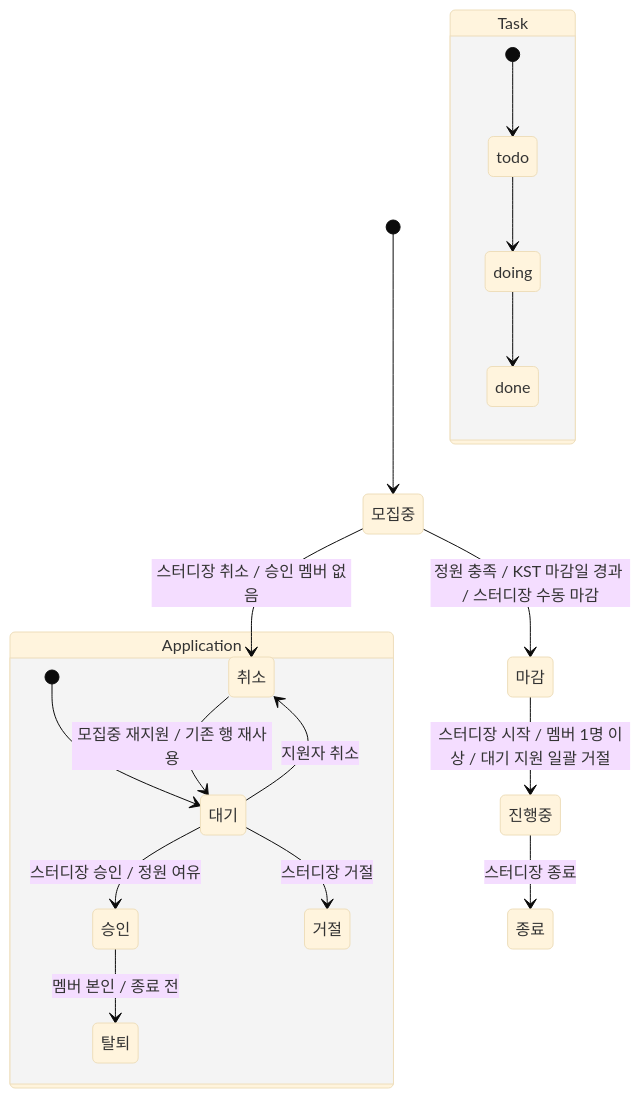
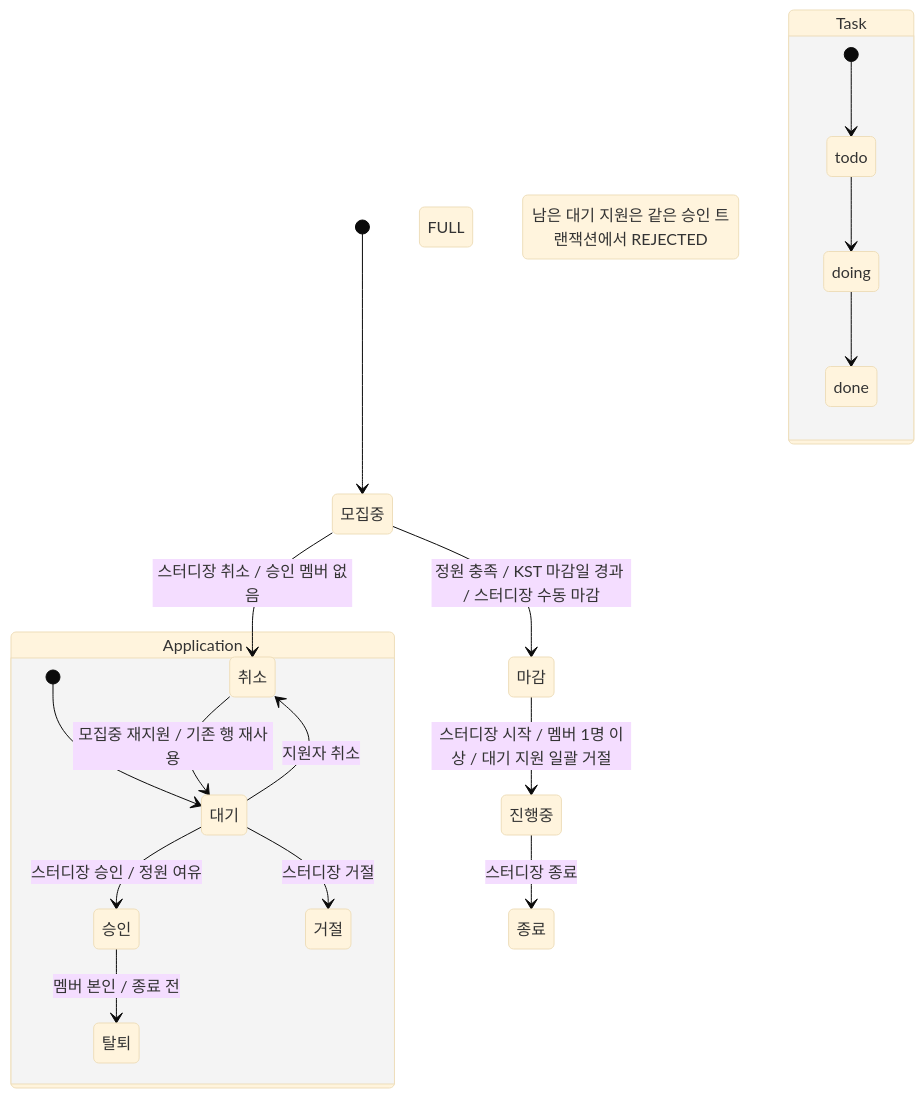
The first of 2 diagrams in docs/design.md (skfls0721/study-recruitment-management), drawn with Mermaid (base theme) before and after one commit. The commit also changed other lines of this file and 4 other files, not shown here.

````diff
--- a/docs/design.md
+++ b/docs/design.md
@@ -9,21 +9,22 @@
 ```mermaid
 stateDiagram-v2
   [*] --> 모집중
   모집중 --> 마감: 정원 충족 / KST 마감일 경과 / 스터디장 수동 마감
+  FULL 마감 시: 남은 대기 지원은 같은 승인 트랜잭션에서 REJECTED
   모집중 --> 취소: 스터디장 취소 / 승인 멤버 없음
   마감 --> 진행중: 스터디장 시작 / 멤버 1명 이상 / 대기 지원 일괄 거절
   진행중 --> 종료: 스터디장 종료
   state Application {
     [*] --> 대기
     대기 --> 승인: 스터디장 승인 / 정원 여유
     대기 --> 거절: 스터디장 거절
     대기 --> 취소: 지원자 취소
     취소 --> 대기: 모집중 재지원 / 기존 행 재사용
     승인 --> 탈퇴: 멤버 본인 / 종료 전
   }
   state Task {
     [*] --> todo
     todo --> doing
     doing --> done
   }
 ```
````
